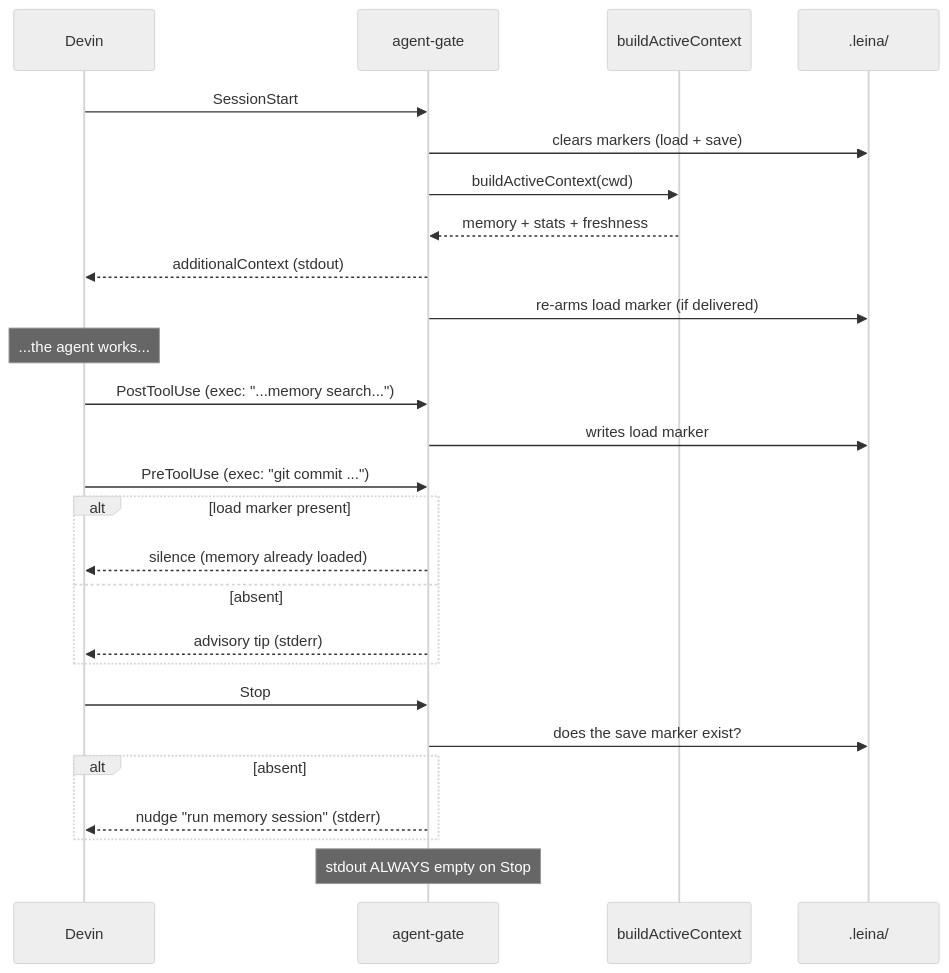
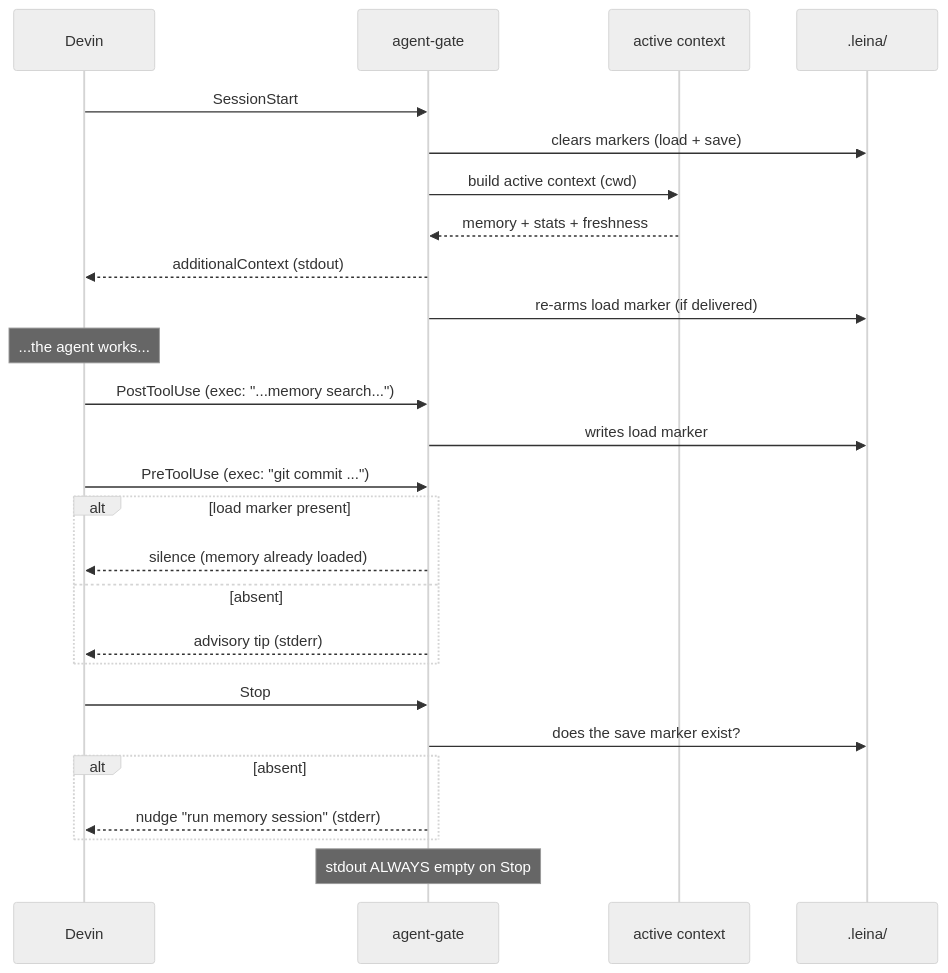
The third of 3 diagrams in docs/i18n/en/concepts/06-hooks-e-inyeccion.md (Kolimar/leina), drawn with Mermaid (neutral theme) before and after one commit. The commit also changed other lines of this file and 22 other files, not shown here.

````diff
--- a/docs/i18n/en/concepts/06-hooks-e-inyeccion.md
+++ b/docs/i18n/en/concepts/06-hooks-e-inyeccion.md
@@ -114,32 +110,32 @@
 ```mermaid
 sequenceDiagram
     participant D as Devin
     participant G as agent-gate
-    participant C as buildActiveContext
+    participant C as active context
     participant Disk as .leina/
 
     D->>G: SessionStart
     G->>Disk: clears markers (load + save)
-    G->>C: buildActiveContext(cwd)
+    G->>C: build active context (cwd)
     C-->>G: memory + stats + freshness
     G-->>D: additionalContext (stdout)
     G->>Disk: re-arms load marker (if delivered)
 
     Note over D: ...the agent works...
     D->>G: PostToolUse (exec: "...memory search...")
     G->>Disk: writes load marker
 
     D->>G: PreToolUse (exec: "git commit ...")
     alt load marker present
         G-->>D: silence (memory already loaded)
     else absent
         G-->>D: advisory tip (stderr)
     end
 
     D->>G: Stop
     G->>Disk: does the save marker exist?
     alt absent
         G-->>D: nudge "run memory session" (stderr)
     end
     Note over G: stdout ALWAYS empty on Stop
 ```
````
